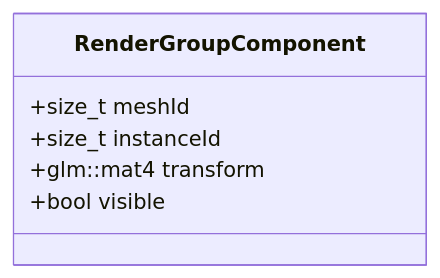
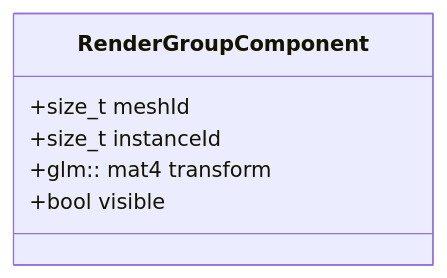
Before and after one commit to matt328/triton: the fourth of 6 diagrams in design.md, drawn with Mermaid. The commit also changed other lines of this file and 43 other files, not shown here.

````diff
--- a/design.md
+++ b/design.md
@@ -409,9 +425,9 @@
 ```mermaid
 classDiagram
-class RenderGroupComponent {
-   +size_t meshId
-   +size_t instanceId
-   +glm::mat4 transform
-   +bool visible
-}
+    class RenderGroupComponent {
+        +size_t meshId
+        +size_t instanceId
+        +glm:: mat4 transform
+        +bool visible
+    }
 ```
````
